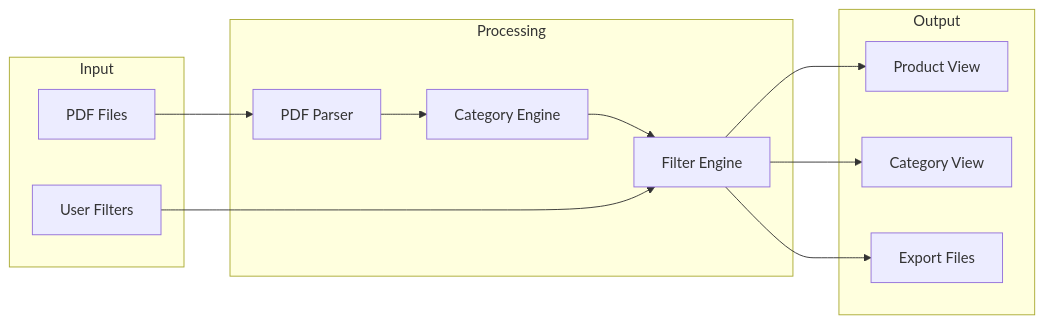
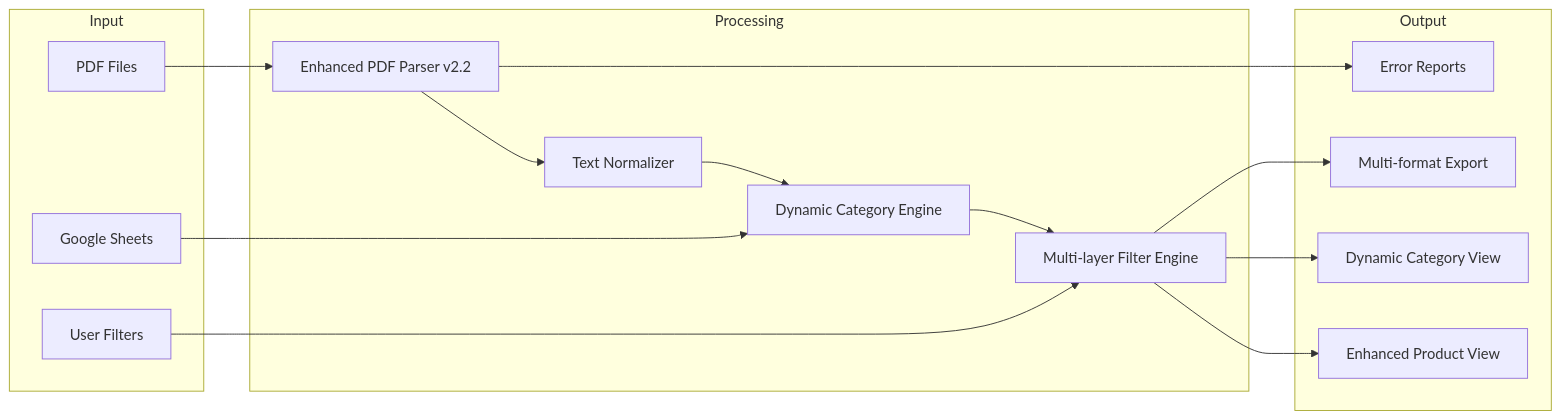
Before and after one commit to j1me/ZapSlip: the third of 4 diagrams in docs/TECHNICAL.md, drawn with Mermaid. The commit also changed other lines of this file and 20 other files, not shown here.

First line of the commit message:
Enhanced detailed breakdown export with region extraction

````diff
--- a/docs/TECHNICAL.md
+++ b/docs/TECHNICAL.md
@@ -78,27 +230,33 @@
 ```mermaid
 flowchart LR
     subgraph Input
         PDF[PDF Files]
+        GS[Google Sheets]
         Filters[User Filters]
     end
 
     subgraph Processing
-        Parser[PDF Parser]
-        CategoryEngine[Category Engine]
-        FilterEngine[Filter Engine]
+        Parser[Enhanced PDF Parser v2.2]
+        CategoryEngine[Dynamic Category Engine]
+        FilterEngine[Multi-layer Filter Engine]
+        Normalizer[Text Normalizer]
     end
 
     subgraph Output
-        ProductView[Product View]
-        CategoryView[Category View]
-        ExportFiles[Export Files]
+        ProductView[Enhanced Product View]
+        CategoryView[Dynamic Category View]
+        ExportFiles[Multi-format Export]
+        ErrorReports[Error Reports]
     end
 
     PDF --> Parser
-    Parser --> CategoryEngine
+    GS --> CategoryEngine
+    Parser --> Normalizer
+    Normalizer --> CategoryEngine
     CategoryEngine --> FilterEngine
     Filters --> FilterEngine
     FilterEngine --> ProductView
     FilterEngine --> CategoryView
     FilterEngine --> ExportFiles
+    Parser --> ErrorReports
 ```
````
